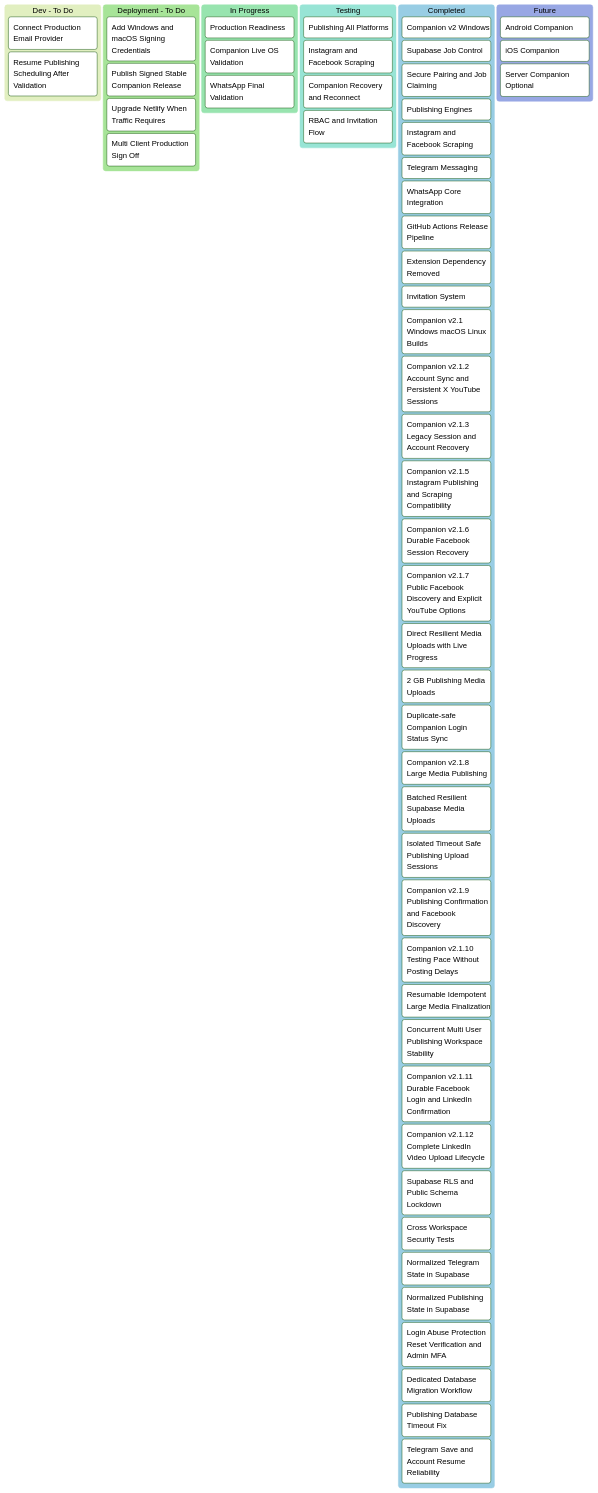
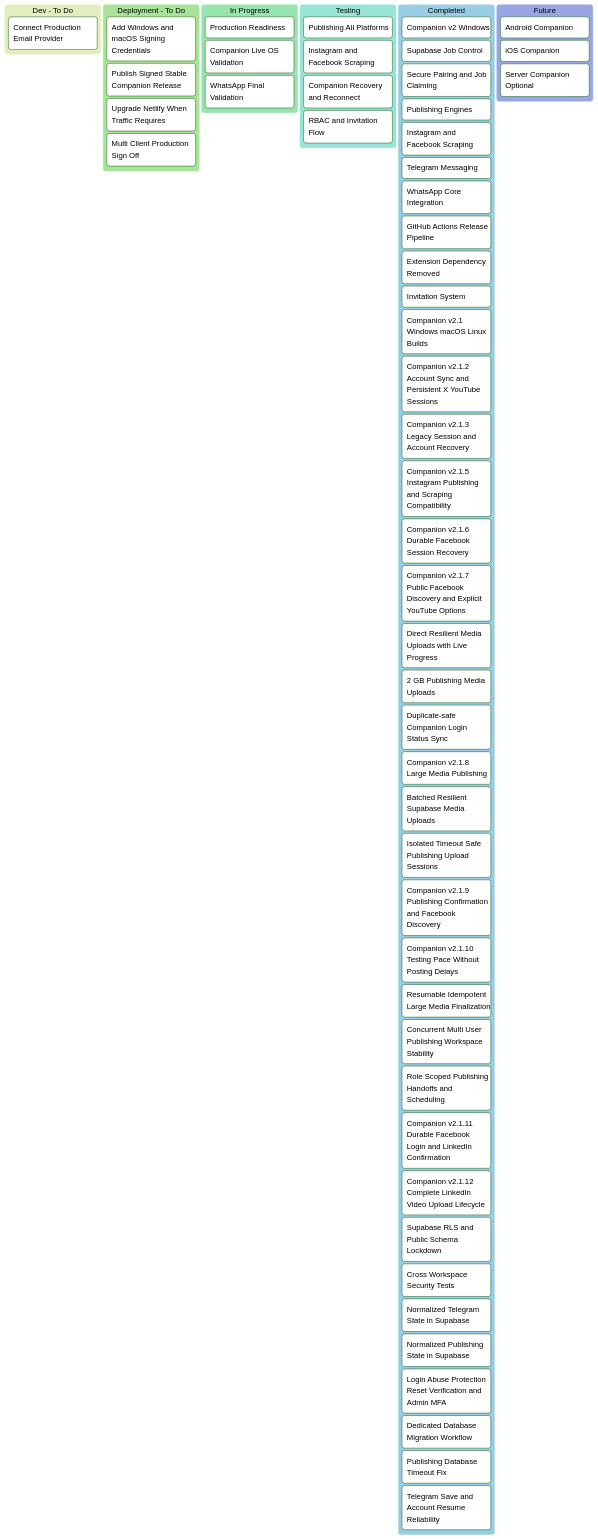
Before and after one commit to tinitiateprime/agentic-that: the first of 2 diagrams in agentic-that-project-tracker.md, drawn with Mermaid (forest theme). The commit also changed other lines of this file and 17 other files, not shown here.

Commit message:
fix: restore role-scoped publishing workflows

````diff
--- a/agentic-that-project-tracker.md
+++ b/agentic-that-project-tracker.md
@@ -31,66 +33,66 @@
 ```mermaid
 kanban
   devTodo[Dev - To Do]
     dev1[Connect Production Email Provider]
-    dev2[Resume Publishing Scheduling After Validation]
 
   deploymentTodo[Deployment - To Do]
     dep1[Add Windows and macOS Signing Credentials]
     dep2[Publish Signed Stable Companion Release]
     dep3[Upgrade Netlify When Traffic Requires]
     dep4[Multi Client Production Sign Off]
 
   inProgress[In Progress]
     prog1[Production Readiness]
     prog2[Companion Live OS Validation]
     prog3[WhatsApp Final Validation]
 
   testing[Testing]
     test1[Publishing All Platforms]
     test2[Instagram and Facebook Scraping]
     test3[Companion Recovery and Reconnect]
     test4[RBAC and Invitation Flow]
 
   completed[Completed]
     done1[Companion v2 Windows]
     done2[Supabase Job Control]
     done3[Secure Pairing and Job Claiming]
     done4[Publishing Engines]
     done5[Instagram and Facebook Scraping]
     done6[Telegram Messaging]
     done7[WhatsApp Core Integration]
     done8[GitHub Actions Release Pipeline]
     done9[Extension Dependency Removed]
     done10[Invitation System]
     done11[Companion v2.1 Windows macOS Linux Builds]
     done12[Companion v2.1.2 Account Sync and Persistent X YouTube Sessions]
     done13[Companion v2.1.3 Legacy Session and Account Recovery]
     done14[Companion v2.1.5 Instagram Publishing and Scraping Compatibility]
     done15[Companion v2.1.6 Durable Facebook Session Recovery]
     done16[Companion v2.1.7 Public Facebook Discovery and Explicit YouTube Options]
     done17[Direct Resilient Media Uploads with Live Progress]
     done18[2 GB Publishing Media Uploads]
     done19[Duplicate-safe Companion Login Status Sync]
     done20[Companion v2.1.8 Large Media Publishing]
     done21[Batched Resilient Supabase Media Uploads]
     done22[Isolated Timeout Safe Publishing Upload Sessions]
     done23[Companion v2.1.9 Publishing Confirmation and Facebook Discovery]
     done24[Companion v2.1.10 Testing Pace Without Posting Delays]
     done25[Resumable Idempotent Large Media Finalization]
     done26[Concurrent Multi User Publishing Workspace Stability]
+    done27[Role Scoped Publishing Handoffs and Scheduling]
     done27[Companion v2.1.11 Durable Facebook Login and LinkedIn Confirmation]
     done28[Companion v2.1.12 Complete LinkedIn Video Upload Lifecycle]
     done29[Supabase RLS and Public Schema Lockdown]
     done30[Cross Workspace Security Tests]
     done31[Normalized Telegram State in Supabase]
     done32[Normalized Publishing State in Supabase]
     done33[Login Abuse Protection Reset Verification and Admin MFA]
     done34[Dedicated Database Migration Workflow]
     done35[Publishing Database Timeout Fix]
     done36[Telegram Save and Account Resume Reliability]
 
   future[Future]
     future1[Android Companion]
     future2[iOS Companion]
     future3[Server Companion Optional]
 ```
````
